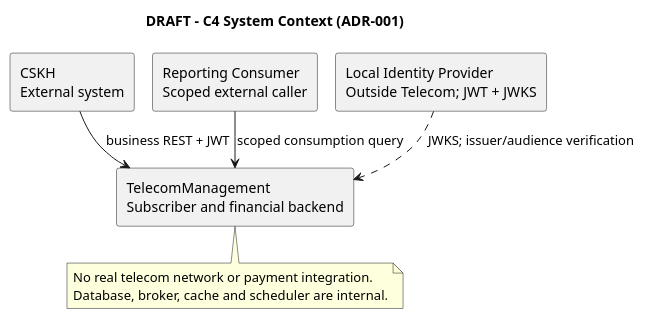
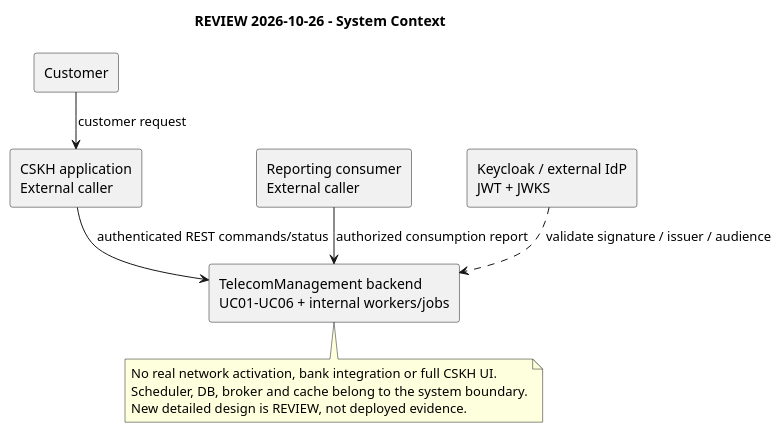
The first of 2 diagrams in docs/03-architecture/c4-diagrams/context-and-container.puml (Sagitoaz/Telecom-Management-System), drawn with PlantUML before and after one commit. The commit also changed other lines of this file and 122 other files, not shown here.

```diff
--- a/docs/03-architecture/c4-diagrams/context-and-container.puml
+++ b/docs/03-architecture/c4-diagrams/context-and-container.puml
@@ -1,15 +1,18 @@
 @startuml
 !pragma layout smetana
-title DRAFT - C4 System Context (ADR-001)
-rectangle "CSKH\nExternal system" as CSKH
-rectangle "Reporting Consumer\nScoped external caller" as R
-rectangle "Local Identity Provider\nOutside Telecom; JWT + JWKS" as IdP
-rectangle "TelecomManagement\nSubscriber and financial backend" as T
-CSKH --> T : business REST + JWT
-R --> T : scoped consumption query
-IdP ..> T : JWKS; issuer/audience verification
+title REVIEW 2026-10-26 - System Context
+rectangle "Customer" as Customer
+rectangle "CSKH application\nExternal caller" as C
+rectangle "Reporting consumer\nExternal caller" as R
+rectangle "Keycloak / external IdP\nJWT + JWKS" as I
+rectangle "TelecomManagement backend\nUC01-UC06 + internal workers/jobs" as T
+Customer --> C : customer request
+C --> T : authenticated REST commands/status
+R --> T : authorized consumption report
+I ..> T : validate signature / issuer / audience
 note bottom of T
-  No real telecom network or payment integration.
-  Database, broker, cache and scheduler are internal.
+No real network activation, bank integration or full CSKH UI.
+Scheduler, DB, broker and cache belong to the system boundary.
+New detailed design is REVIEW, not deployed evidence.
 end note
 @enduml
```
